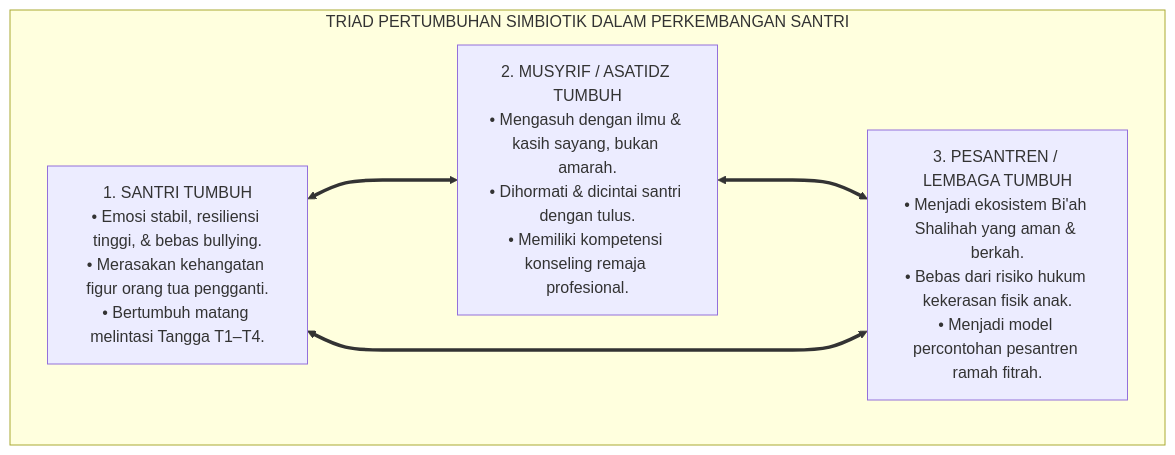
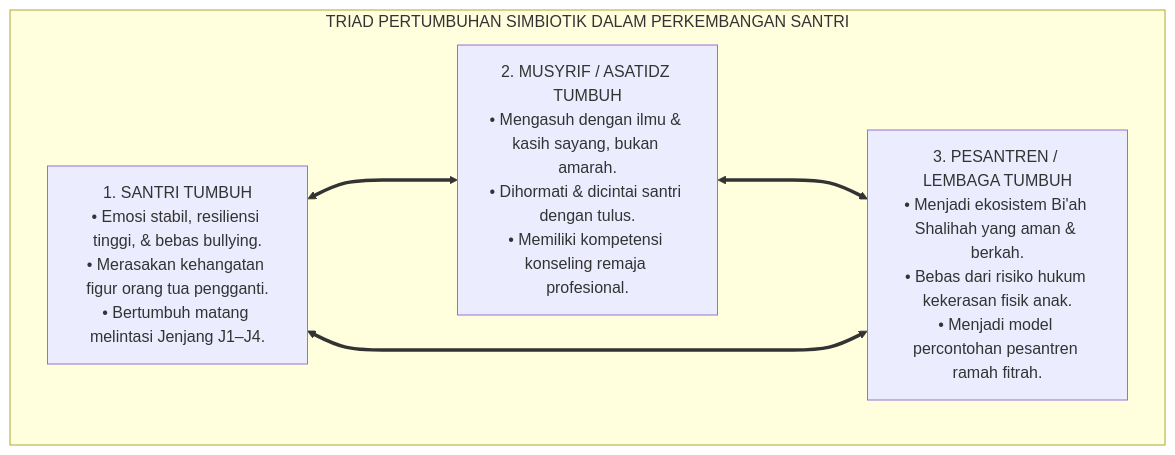
The second of 4 diagrams in 02 Principles/04 Development Principles/P2-04-07-Sintesis-Development-Principles-TUMBUH.md (wandiapriliyandi/tumbuh), drawn with Mermaid before and after one commit. The commit also changed other lines of this file and 209 other files, not shown here.

````diff
--- a/02 Principles/04 Development Principles/P2-04-07-Sintesis-Development-Principles-TUMBUH.md
+++ b/02 Principles/04 Development Principles/P2-04-07-Sintesis-Development-Principles-TUMBUH.md
@@ -102,14 +102,14 @@
 ```mermaid
 graph TD
     subgraph TriadSimbiotikDalamPengasuhan["TRIAD PERTUMBUHAN SIMBIOTIK DALAM PERKEMBANGAN SANTRI"]
-        Santri["1. SANTRI TUMBUH<br/>• Emosi stabil, resiliensi tinggi, & bebas bullying.<br/>• Merasakan kehangatan figur orang tua pengganti.<br/>• Bertumbuh matang melintasi Tangga T1–T4."]
+        Santri["1. SANTRI TUMBUH<br/>• Emosi stabil, resiliensi tinggi, & bebas bullying.<br/>• Merasakan kehangatan figur orang tua pengganti.<br/>• Bertumbuh matang melintasi Jenjang J1–J4."]
         
         Musyrif["2. MUSYRIF / ASATIDZ TUMBUH<br/>• Mengasuh dengan ilmu & kasih sayang, bukan amarah.<br/>• Dihormati & dicintai santri dengan tulus.<br/>• Memiliki kompetensi konseling remaja profesional."]
         
         Pesantren["3. PESANTREN / LEMBAGA TUMBUH<br/>• Menjadi ekosistem Bi'ah Shalihah yang aman & berkah.<br/>• Bebas dari risiko hukum kekerasan fisik anak.<br/>• Menjadi model percontohan pesantren ramah fitrah."]
         
         Santri <===> Musyrif
         Musyrif <===> Pesantren
         Pesantren <===> Santri
     end
 ```
````
